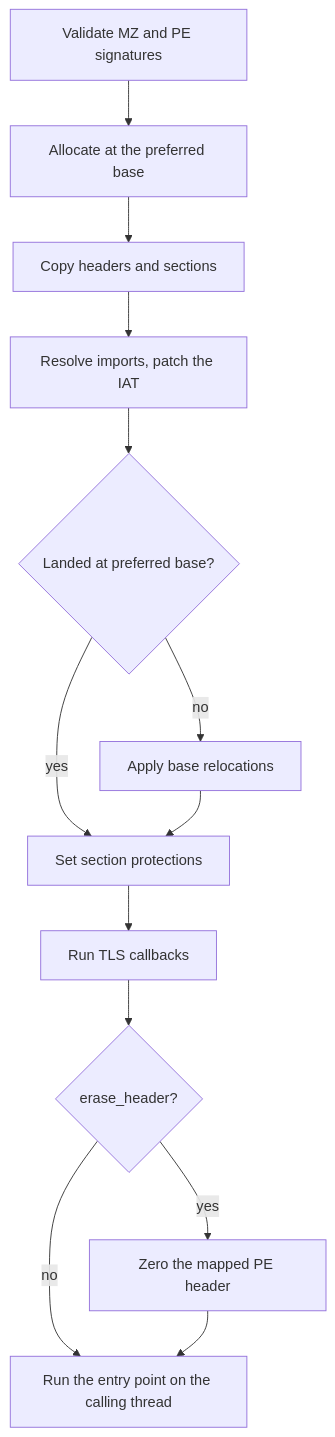
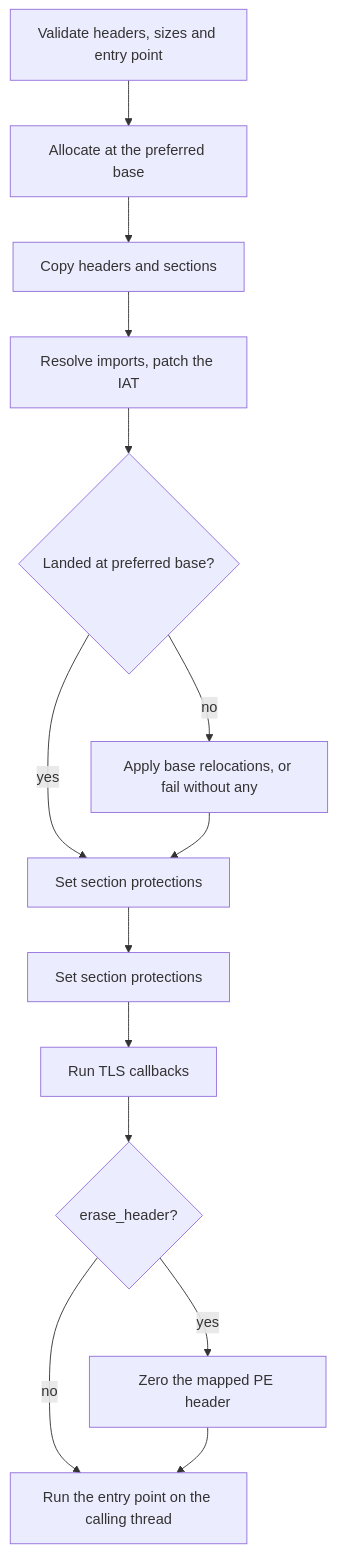
One commit to M3str3/Picaro changed the diagram in src/techniques/reflective_loading/README.md. Above: the diagram before and after it, drawn with Mermaid. The commit also changed other lines of this file and 34 other files, not shown here.

````diff
--- a/src/techniques/reflective_loading/README.md
+++ b/src/techniques/reflective_loading/README.md
@@ -20,15 +20,16 @@
 ```mermaid
 flowchart TD
-    A[Validate MZ and PE signatures] --> B[Allocate at the preferred base]
+    A[Validate headers, sizes and entry point] --> B[Allocate at the preferred base]
     B --> C[Copy headers and sections]
     C --> D[Resolve imports, patch the IAT]
     D --> E{Landed at preferred base?}
-    E -- no --> F[Apply base relocations]
+    E -- no --> F[Apply base relocations, or fail without any]
     E -- yes --> G[Set section protections]
     F --> G
-    G --> H[Run TLS callbacks]
-    H --> I{erase_header?}
-    I -- yes --> J[Zero the mapped PE header]
-    I -- no --> K[Run the entry point on the calling thread]
-    J --> K
+    G --> H[Set section protections]
+    H --> I[Run TLS callbacks]
+    I --> J{erase_header?}
+    J -- yes --> K[Zero the mapped PE header]
+    J -- no --> L[Run the entry point on the calling thread]
+    K --> L
 ```
````
